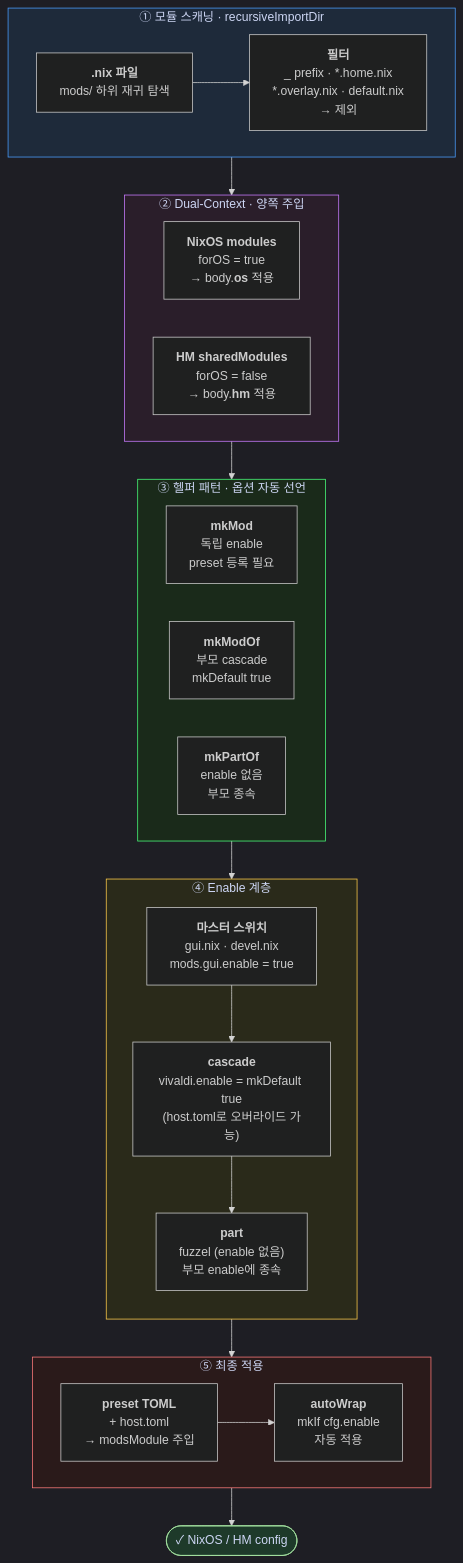
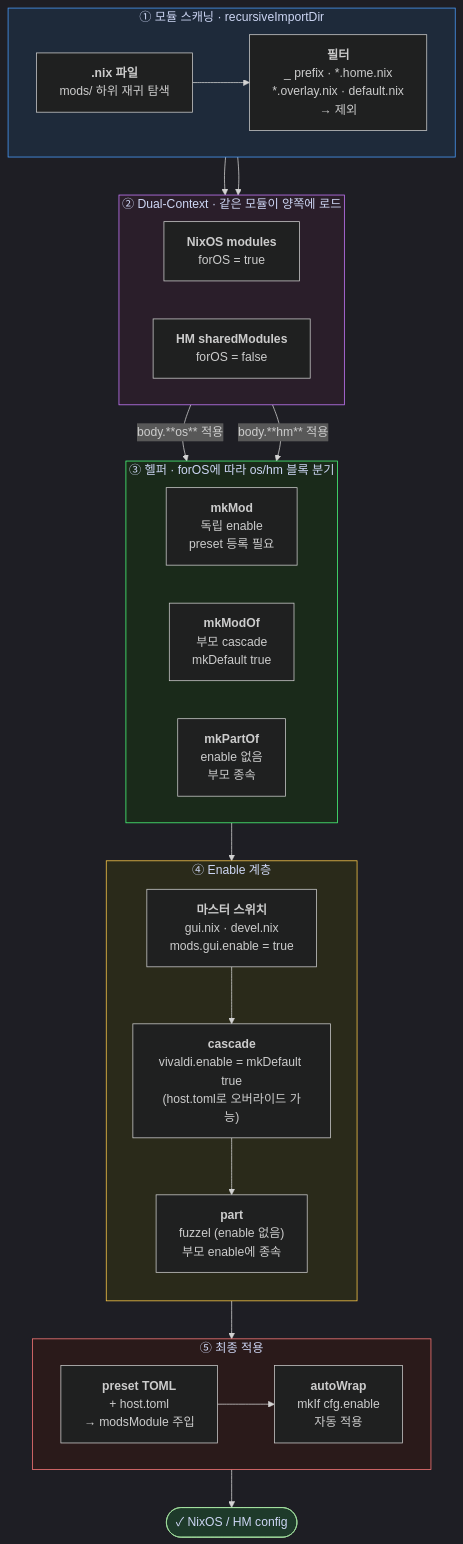
The diagram in .docs/hacking/ARCHITECTURE-MODS.mermaid (donghans/nixos), drawn with Mermaid before and after one commit. The commit also changed 3 other files, not shown here.

First line of the commit message:
문서 개선: mermaid 다이어그램, MODS.md 구조, 중복 링크, README 구조

```diff
--- a/.docs/hacking/ARCHITECTURE-MODS.mermaid
+++ b/.docs/hacking/ARCHITECTURE-MODS.mermaid
@@ -1,73 +1,75 @@
 %%{init: {'theme': 'dark', 'flowchart': {'curve': 'basis'}}}%%
 flowchart TD
     subgraph SCAN["① 모듈 스캐닝  ·  recursiveImportDir"]
         direction LR
         nix_files["`**.nix 파일**
         mods/ 하위 재귀 탐색`"]
         filter["`**필터**
         _ prefix · *.home.nix
         *.overlay.nix · default.nix
         → 제외`"]
         nix_files --> filter
     end
 
-    subgraph DUAL["② Dual-Context  ·  양쪽 주입"]
+    subgraph DUAL["② Dual-Context  ·  같은 모듈이 양쪽에 로드"]
         direction LR
         nixos_ctx["`**NixOS modules**
-        forOS = true
-        → body.**os** 적용`"]
+        forOS = true`"]
         hm_ctx["`**HM sharedModules**
-        forOS = false
-        → body.**hm** 적용`"]
+        forOS = false`"]
     end
 
-    subgraph HELPER["③ 헬퍼 패턴  ·  옵션 자동 선언"]
+    filter --> nixos_ctx
+    filter --> hm_ctx
+
+    subgraph HELPER["③ 헬퍼  ·  forOS에 따라 os/hm 블록 분기"]
         direction LR
         mkmod["`**mkMod**
         독립 enable
         preset 등록 필요`"]
         mkmodof["`**mkModOf**
         부모 cascade
         mkDefault true`"]
         mkpartof["`**mkPartOf**
         enable 없음
         부모 종속`"]
     end
+
+    nixos_ctx -- "body.**os** 적용" --> HELPER
+    hm_ctx -- "body.**hm** 적용" --> HELPER
 
     subgraph ENABLE["④ Enable 계층"]
         direction TB
         master["`**마스터 스위치**
         gui.nix · devel.nix
         mods.gui.enable = true`"]
         cascade["`**cascade**
         vivaldi.enable = mkDefault true
         (host.toml로 오버라이드 가능)`"]
         part["`**part**
         fuzzel (enable 없음)
         부모 enable에 종속`"]
         master --> cascade --> part
     end
 
     subgraph APPLY["⑤ 최종 적용"]
         direction LR
         preset["`**preset TOML**
         + host.toml
         → modsModule 주입`"]
         autowrap["`**autoWrap**
         mkIf cfg.enable
         자동 적용`"]
         preset --> autowrap
     end
 
-    filter --> DUAL
-    DUAL --> HELPER
     HELPER --> ENABLE
     ENABLE --> preset
     autowrap --> Out(["✓ NixOS / HM config"])
 
     style SCAN fill:#1e2a3a,stroke:#4a9eff,color:#cdd6f4
     style DUAL fill:#2a1e2a,stroke:#c97bff,color:#cdd6f4
     style HELPER fill:#1a2a1a,stroke:#4aff7a,color:#cdd6f4
     style ENABLE fill:#2a2a1a,stroke:#ffcc4a,color:#cdd6f4
     style APPLY fill:#2a1a1a,stroke:#ff7b7b,color:#cdd6f4
     style Out fill:#1e3a2a,stroke:#a6e3a1,color:#cdd6f4
```
